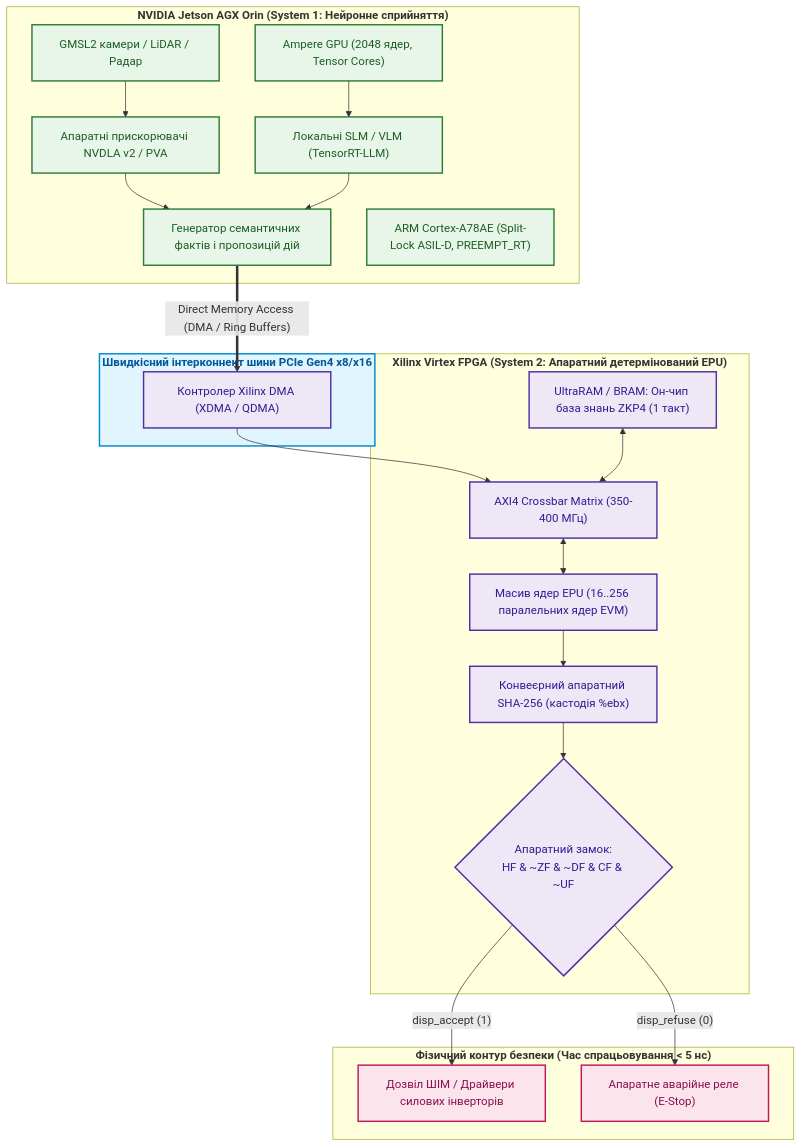
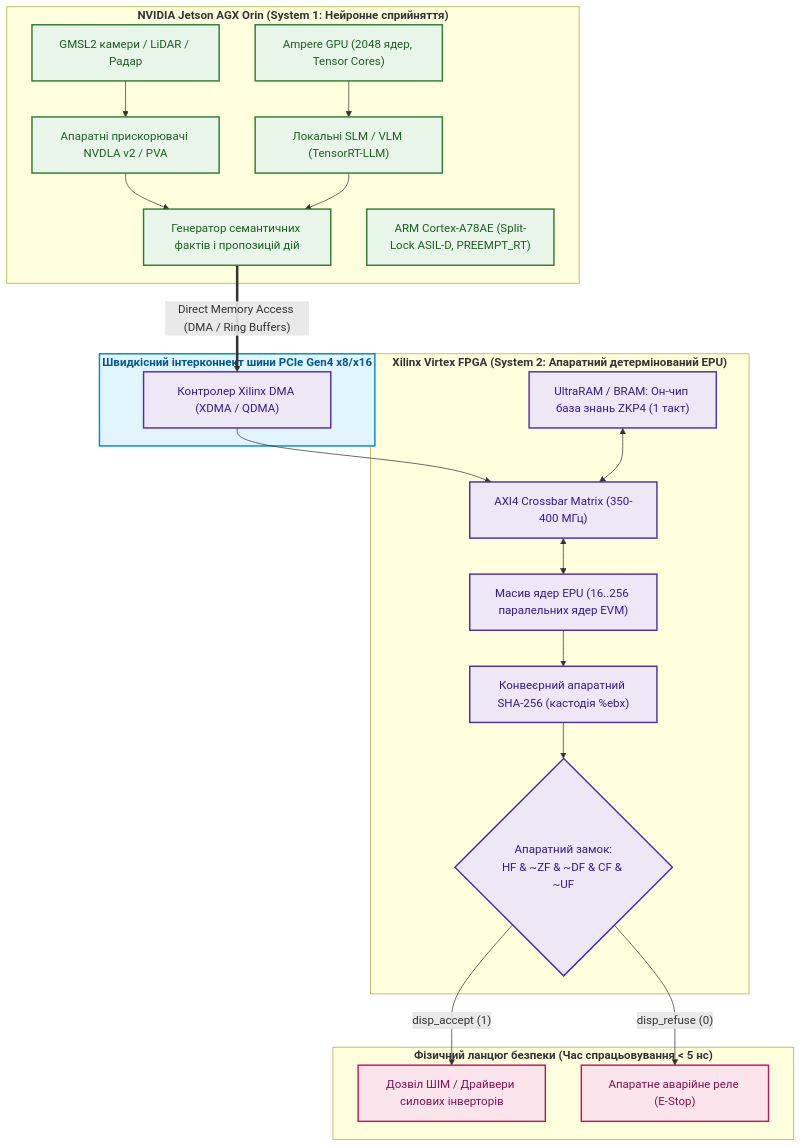
One commit to nick-fedchik/articles changed the third of 10 diagrams in ExpertSystem/appendix-b-robotics-and-cyber-physical-systems.md. Above: the diagram before and after it, drawn with Mermaid. The commit also changed other lines of this file and 27 other files, not shown here.

````diff
--- a/ExpertSystem/appendix-b-robotics-and-cyber-physical-systems.md
+++ b/ExpertSystem/appendix-b-robotics-and-cyber-physical-systems.md
@@ -113,39 +113,39 @@
 ```mermaid
 flowchart TD
     accTitle: Топологія дослідницького гетерогенного стенду Jetson Orin та Xilinx Virtex
     accDescr: Поєднання нейронного модуля Jetson AGX Orin і масиву апаратних ядер EPU на Xilinx Virtex через шину PCIe Gen4.
 
     subgraph Host["<b>NVIDIA Jetson AGX Orin (System 1: Нейронне сприйняття)</b>"]
         CAM_IN["GMSL2 камери / LiDAR / Радар"] --> DLA["Апаратні прискорювачі NVDLA v2 / PVA"]
         GPU["Ampere GPU (2048 ядер, Tensor Cores)"] --> VLM["Локальні SLM / VLM (TensorRT-LLM)"]
         DLA & VLM --> FACT_GEN["Генератор семантичних фактів і пропозицій дій"]
         CPU_ORIN["ARM Cortex-A78AE (Split-Lock ASIL-D, PREEMPT_RT)"]
     end
 
     subgraph Interconnect["<b>Швидкісний інтерконнект шини PCIe Gen4 x8/x16</b>"]
         FACT_GEN ==>|"Direct Memory Access (DMA / Ring Buffers)"| XDMA["Контролер Xilinx DMA (XDMA / QDMA)"]
     end
 
     subgraph FPGA["<b>Xilinx Virtex FPGA (System 2: Апаратний детермінований EPU)</b>"]
         XDMA --> NOC["AXI4 Crossbar Matrix (350-400 МГц)"]
         URAM["UltraRAM / BRAM: Он-чип база знань ZKP4 (1 такт)"] <--> NOC
         NOC <--> EPU_ARRAY["Масив ядер EPU (16..256 паралельних ядер EVM)"]
         EPU_ARRAY --> SHA_PIPE["Конвеєрний апаратний SHA-256 (кастодія %ebx)"]
         SHA_PIPE --> GATE_LOGIC{"Апаратний замок:<br/>HF & ~ZF & ~DF & CF & ~UF"}
     end
 
-    subgraph Interlock["<b>Фізичний контур безпеки (Час спрацьовування < 5 нс)</b>"]
+    subgraph Interlock["<b>Фізичний ланцюг безпеки (Час спрацьовування < 5 нс)</b>"]
         GATE_LOGIC -->|"disp_accept (1)"| PWM_EN["Дозвіл ШІМ / Драйвери силових інверторів"]
         GATE_LOGIC -->|"disp_refuse (0)"| HARD_ESTOP["Апаратне аварійне реле (E-Stop)"]
     end
 
     classDef host fill:#e8f5e9,stroke:#2e7d32,stroke-width:2px,color:#1b5e20;
     classDef fpga fill:#ede7f6,stroke:#512da8,stroke-width:2px,color:#311b92;
     classDef inter fill:#e1f5fe,stroke:#0288d1,stroke-width:2px,color:#01579b;
     classDef lock fill:#fce4ec,stroke:#c2185b,stroke-width:2px,color:#880e4f;
 
     class CAM_IN,DLA,GPU,VLM,FACT_GEN,CPU_ORIN host;
     class XDMA,NOC,URAM,EPU_ARRAY,SHA_PIPE,GATE_LOGIC fpga;
     class Interconnect inter;
     class PWM_EN,HARD_ESTOP lock;
 ```
````
